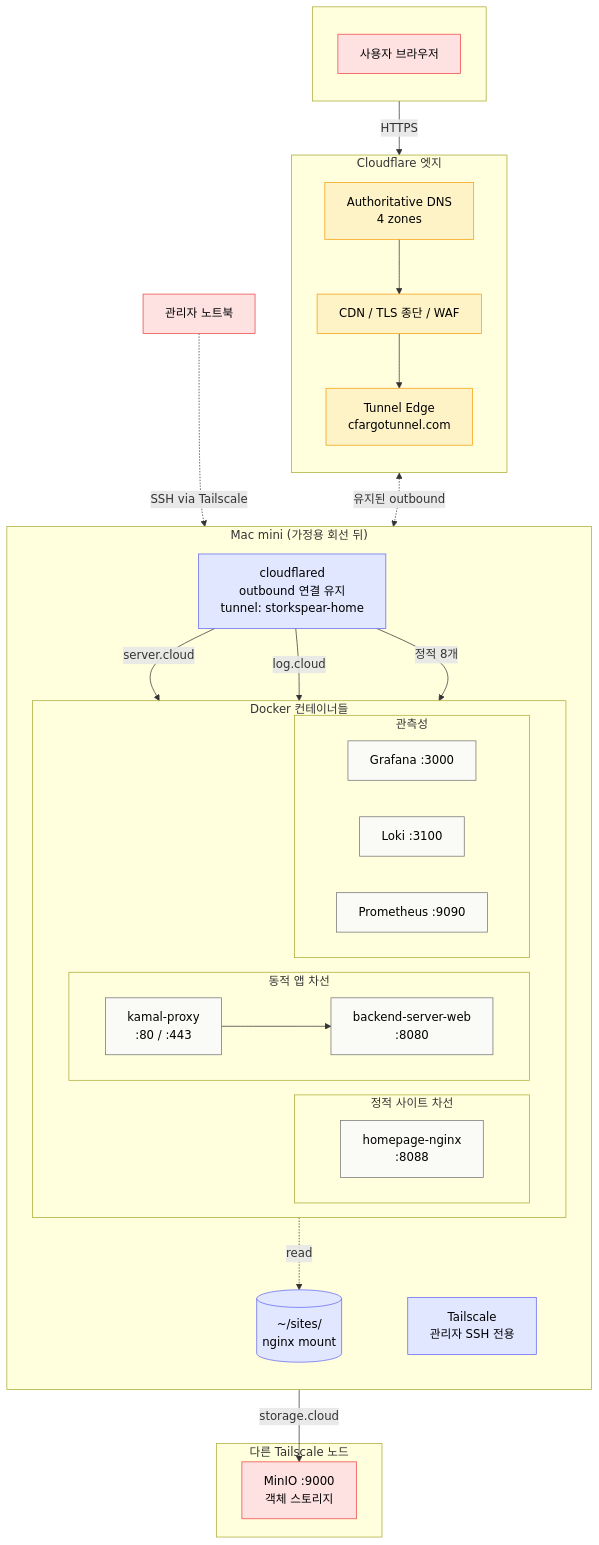
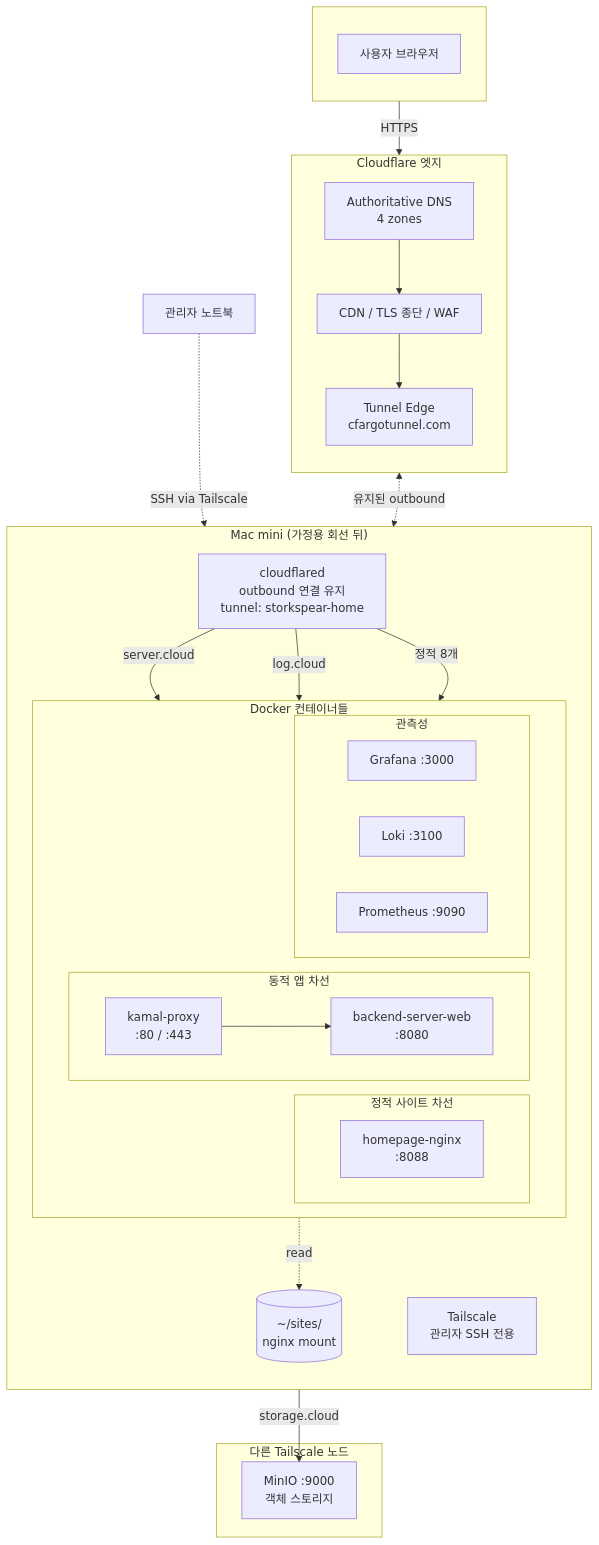
One commit to storkspear/docs-infra-homeserver changed the first of 2 diagrams in docs/architecture.md. Above: the diagram before and after it, drawn with Mermaid. The commit also changed 1 other file, not shown here.

Commit message:
Fix mermaid text invisibility in dark mode
Custom classDef pastel fills clashed with Material's auto theme in dark mode
(white text on light pastel = invisible). Removing classDef lets Material
auto-theme handle light/dark contrast correctly.

````diff
--- a/docs/architecture.md
+++ b/docs/architecture.md
@@ -7,73 +7,63 @@
 ```mermaid
 flowchart TB
   subgraph internet[" "]
     direction TB
     USER[사용자 브라우저]
   end
 
   subgraph cloudflare["Cloudflare 엣지"]
     direction TB
     CF_DNS[Authoritative DNS<br/>4 zones]
     CF_PROXY[CDN / TLS 종단 / WAF]
     CF_TUNNEL_EDGE[Tunnel Edge<br/>cfargotunnel.com]
   end
 
   subgraph macmini["Mac mini (가정용 회선 뒤)"]
     direction TB
 
     CLOUDFLARED[cloudflared<br/>outbound 연결 유지<br/>tunnel: storkspear-home]
 
     subgraph docker["Docker 컨테이너들"]
       direction LR
 
       subgraph kamal_lane["동적 앱 차선"]
         KAMAL[kamal-proxy<br/>:80 / :443]
         BACKEND[backend-server-web<br/>:8080]
         KAMAL --> BACKEND
       end
 
       subgraph nginx_lane["정적 사이트 차선"]
         NGINX[homepage-nginx<br/>:8088]
       end
 
       subgraph obs_lane["관측성"]
         GRAFANA[Grafana :3000]
         LOKI[Loki :3100]
         PROM[Prometheus :9090]
       end
     end
 
     SITES[(~/sites/<br/>nginx mount)]
     NGINX -.read.-> SITES
 
     TS[Tailscale<br/>관리자 SSH 전용]
   end
 
   subgraph other["다른 Tailscale 노드"]
     MINIO[MinIO :9000<br/>객체 스토리지]
   end
 
   ADMIN[관리자 노트북]
 
   USER -->|HTTPS| CF_DNS
   CF_DNS --> CF_PROXY
   CF_PROXY --> CF_TUNNEL_EDGE
   CF_TUNNEL_EDGE <-.유지된 outbound.-> CLOUDFLARED
 
   CLOUDFLARED -->|server.cloud| KAMAL
   CLOUDFLARED -->|log.cloud| GRAFANA
   CLOUDFLARED -->|storage.cloud| MINIO
   CLOUDFLARED -->|정적 8개| NGINX
 
   ADMIN -.SSH via Tailscale.-> TS
-
-  classDef edge fill:#fef3c7,stroke:#f59e0b,color:#000;
-  classDef host fill:#e0e7ff,stroke:#6366f1,color:#000;
-  classDef container fill:#fafaf7,stroke:#737373,color:#000;
-  classDef external fill:#fee2e2,stroke:#ef4444,color:#000;
-
-  class CF_DNS,CF_PROXY,CF_TUNNEL_EDGE edge;
-  class CLOUDFLARED,SITES,TS host;
-  class KAMAL,BACKEND,NGINX,GRAFANA,LOKI,PROM container;
-  class MINIO,USER,ADMIN external;
 ```
````
